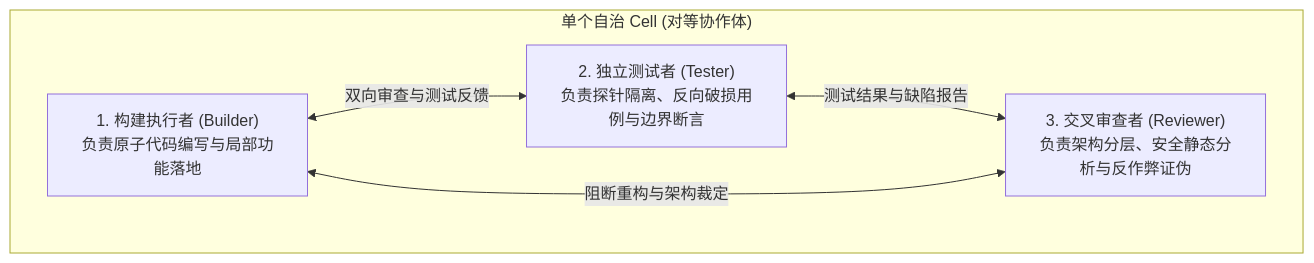
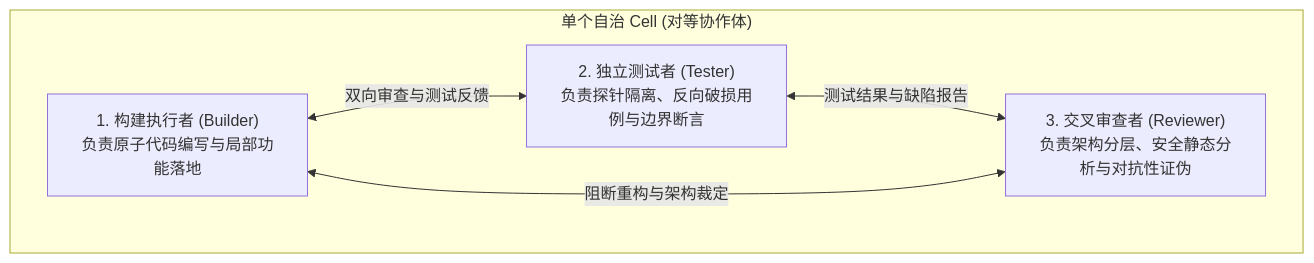
One commit to guilingzhouyi-creator/vscode-extensions changed the third of 12 diagrams in docs/agent-native-system-blueprint.md. Above: the diagram before and after it, drawn with Mermaid. The commit also changed other lines of this file and 20 other files, not shown here.

````diff
--- a/docs/agent-native-system-blueprint.md
+++ b/docs/agent-native-system-blueprint.md
@@ -58,12 +58,12 @@
 ```mermaid
 flowchart TD
     subgraph Cell ["单个自治 Cell (对等协作体)"]
         Builder["1. 构建执行者 (Builder)<br/>负责原子代码编写与局部功能落地"]
         Tester["2. 独立测试者 (Tester)<br/>负责探针隔离、反向破损用例与边界断言"]
-        Reviewer["3. 交叉审查者 (Reviewer)<br/>负责架构分层、安全静态分析与反作弊证伪"]
+        Reviewer["3. 交叉审查者 (Reviewer)<br/>负责架构分层、安全静态分析与对抗性证伪"]
 
         Builder <-->|"双向审查与测试反馈"| Tester
         Tester <-->|"测试结果与缺陷报告"| Reviewer
         Reviewer <-->|"阻断重构与架构裁定"| Builder
     end
 ```
````
